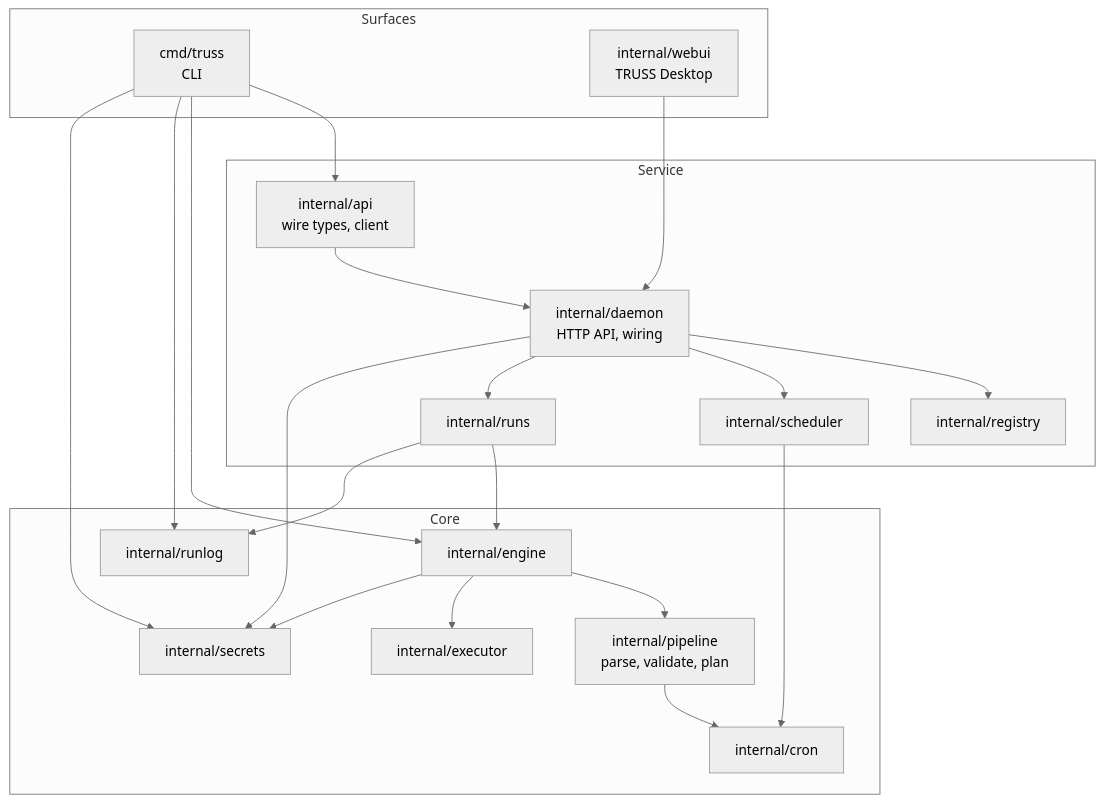
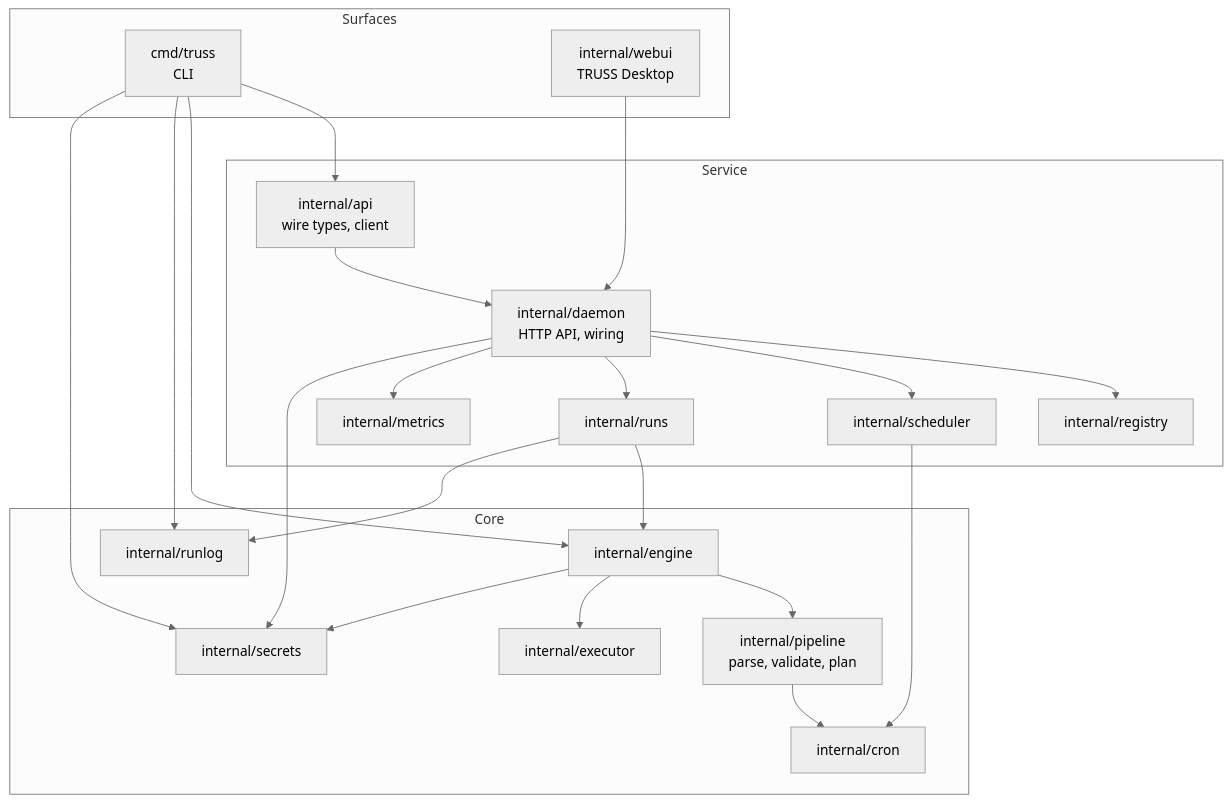
Before and after one commit to afri-bit/truss: the first of 2 diagrams in docs/architecture.md, drawn with Mermaid (neutral theme). The commit also changed other lines of this file and 8 other files, not shown here.

````diff
--- a/docs/architecture.md
+++ b/docs/architecture.md
@@ -8,36 +8,37 @@
 ```mermaid
 flowchart TB
     subgraph surface["Surfaces"]
         cli["cmd/truss<br/>CLI"]
         ui["internal/webui<br/>TRUSS Desktop"]
     end
     subgraph service["Service"]
         api["internal/api<br/>wire types, client"]
         daemon["internal/daemon<br/>HTTP API, wiring"]
         registry["internal/registry"]
         scheduler["internal/scheduler"]
         runs["internal/runs"]
+        metrics["internal/metrics"]
     end
     subgraph core["Core"]
         pipeline["internal/pipeline<br/>parse, validate, plan"]
         cron["internal/cron"]
         engine["internal/engine"]
         executor["internal/executor"]
         runlog["internal/runlog"]
         secrets["internal/secrets"]
     end
 
     cli --> api --> daemon
     ui --> daemon
     cli --> engine
-    daemon --> registry & scheduler & runs
+    daemon --> registry & scheduler & runs & metrics
     scheduler --> cron
     runs --> engine
     engine --> pipeline & executor
     pipeline --> cron
     runs --> runlog
     cli --> runlog
     cli --> secrets
     daemon --> secrets
     engine --> secrets
 ```
````
